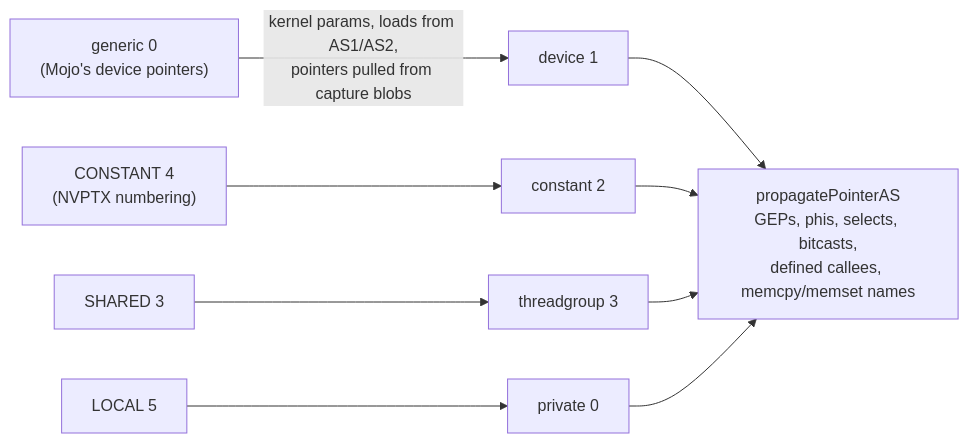
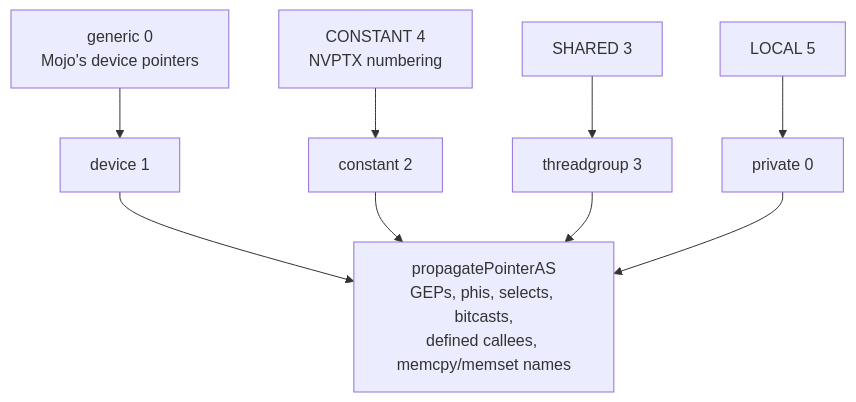
The diagram in AirLoweringWalkthrough/03-legalisation.md (albanread/MojoCocoa), drawn with Mermaid before and after one commit. The commit also changed other lines of this file and 6 other files, not shown here.

````diff
--- a/AirLoweringWalkthrough/03-legalisation.md
+++ b/AirLoweringWalkthrough/03-legalisation.md
@@ -138,22 +136,22 @@
 ```mermaid
-flowchart LR
+flowchart TD
 %% @id air-address-spaces
 %% @name What remapAddressSpaces does to each pointer
 %% @node g shape=stadium stroke=#7C3A06 stroke_width=2
 %% @node c4 shape=stadium stroke=#7C3A06 stroke_width=2
 %% @node s3 shape=stadium stroke=#7C3A06 stroke_width=2
 %% @node l5 shape=stadium stroke=#7C3A06 stroke_width=2
 %% @node d shape=rounded stroke=#2C440D stroke_width=2
 %% @node c2 shape=rounded stroke=#2C440D stroke_width=2
 %% @node t3 shape=rounded stroke=#2C440D stroke_width=2
 %% @node p0 shape=rounded stroke=#2C440D stroke_width=2
 %% @node prop shape=hexagon stroke=#14375A stroke_width=2
-    g["generic 0<br/>(Mojo's device pointers)"] -->|kernel params, loads from AS1/AS2,<br/>pointers pulled from capture blobs| d["device 1"]
-    c4["CONSTANT 4<br/>(NVPTX numbering)"] --> c2["constant 2"]
+    g["generic 0<br/>Mojo's device pointers"] --> d["device 1"]
+    c4["CONSTANT 4<br/>NVPTX numbering"] --> c2["constant 2"]
     s3["SHARED 3"] --> t3["threadgroup 3"]
     l5["LOCAL 5"] --> p0["private 0"]
     d --> prop["propagatePointerAS<br/>GEPs, phis, selects, bitcasts,<br/>defined callees, memcpy/memset names"]
     c2 --> prop
     t3 --> prop
     p0 --> prop
 ```
````
